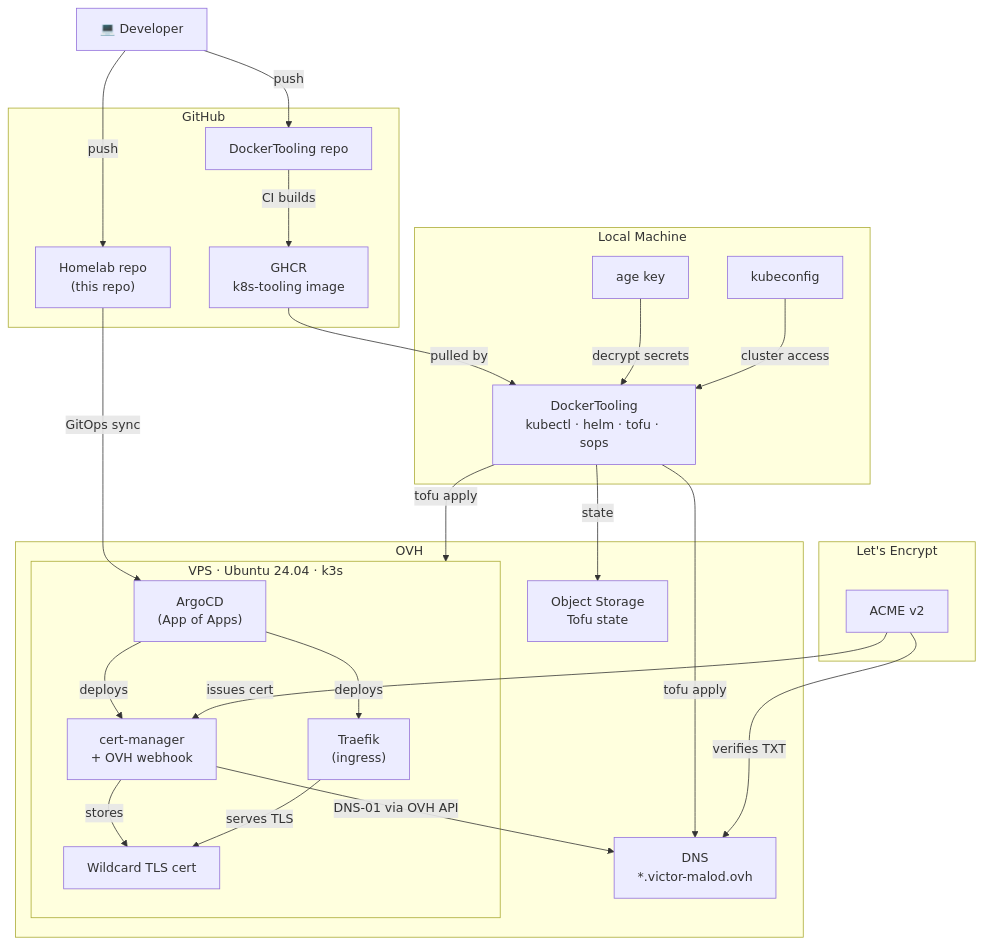
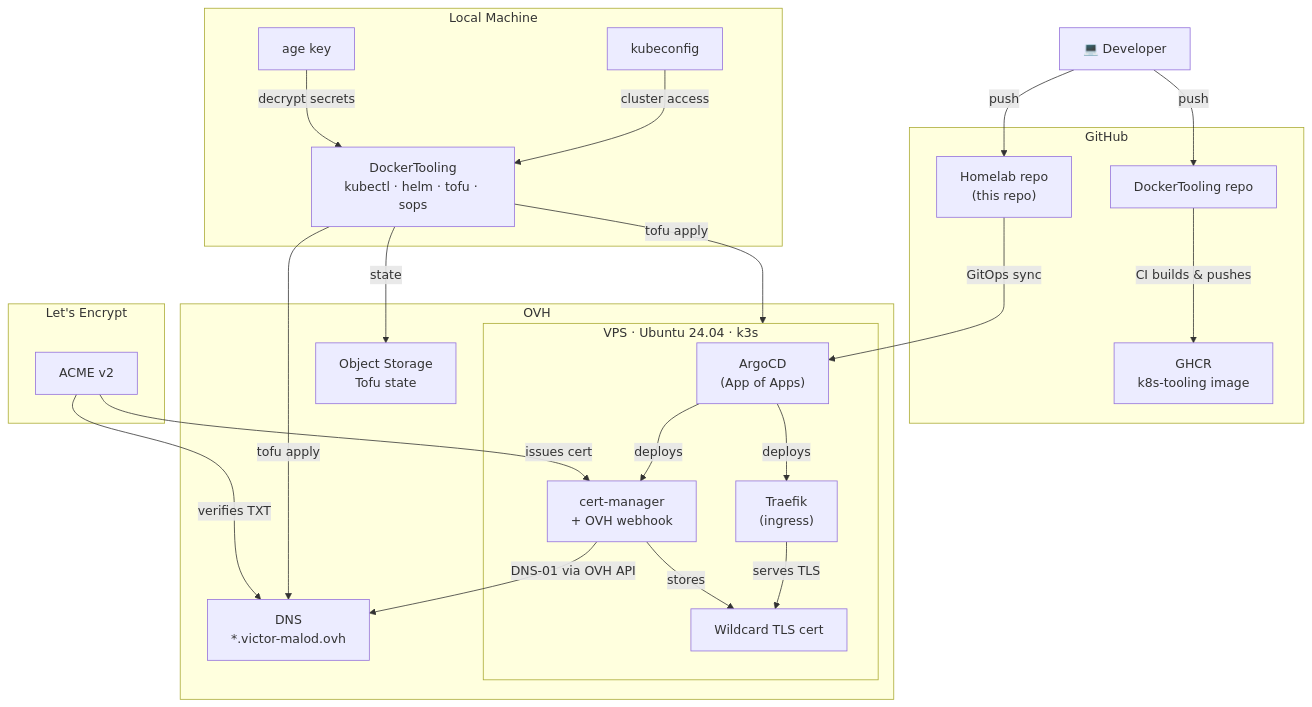
The diagram in README.md (VictorMalodPortfolio/Homelab), drawn with Mermaid before and after one commit. The commit also changed 1 other file, not shown here.

Commit message:
docs: fix mermaid — tooling is built locally, not pulled from GHCR

````diff
--- a/README.md
+++ b/README.md
@@ -11,50 +11,49 @@
 ```mermaid
 graph TD
     dev["💻 Developer"]
 
     subgraph local["Local Machine"]
         tooling["DockerTooling\nkubectl · helm · tofu · sops"]
         age["age key"]
         kubeconfig["kubeconfig"]
     end
 
     subgraph github["GitHub"]
         homelab_repo["Homelab repo\n(this repo)"]
         docker_repo["DockerTooling repo"]
         ghcr["GHCR\nk8s-tooling image"]
     end
 
     subgraph ovh["OVH"]
         dns["DNS\n*.victor-malod.ovh"]
         s3["Object Storage\nTofu state"]
 
         subgraph vps["VPS · Ubuntu 24.04 · k3s"]
             argocd["ArgoCD\n(App of Apps)"]
             cert_manager["cert-manager\n+ OVH webhook"]
             traefik["Traefik\n(ingress)"]
             tls_secret["Wildcard TLS cert"]
         end
     end
 
     subgraph letsencrypt["Let's Encrypt"]
         acme["ACME v2"]
     end
 
     dev -->|"push"| homelab_repo
     dev -->|"push"| docker_repo
-    docker_repo -->|"CI builds"| ghcr
-    ghcr -->|"pulled by"| tooling
+    docker_repo -->|"CI builds & pushes"| ghcr
     age -->|"decrypt secrets"| tooling
     kubeconfig -->|"cluster access"| tooling
     tooling -->|"tofu apply"| vps
     tooling -->|"tofu apply"| dns
     tooling -->|"state"| s3
     homelab_repo -->|"GitOps sync"| argocd
     argocd -->|"deploys"| cert_manager
     argocd -->|"deploys"| traefik
     cert_manager -->|"DNS-01 via OVH API"| dns
     acme -->|"verifies TXT"| dns
     acme -->|"issues cert"| cert_manager
     cert_manager -->|"stores"| tls_secret
     traefik -->|"serves TLS"| tls_secret
 ```
````
